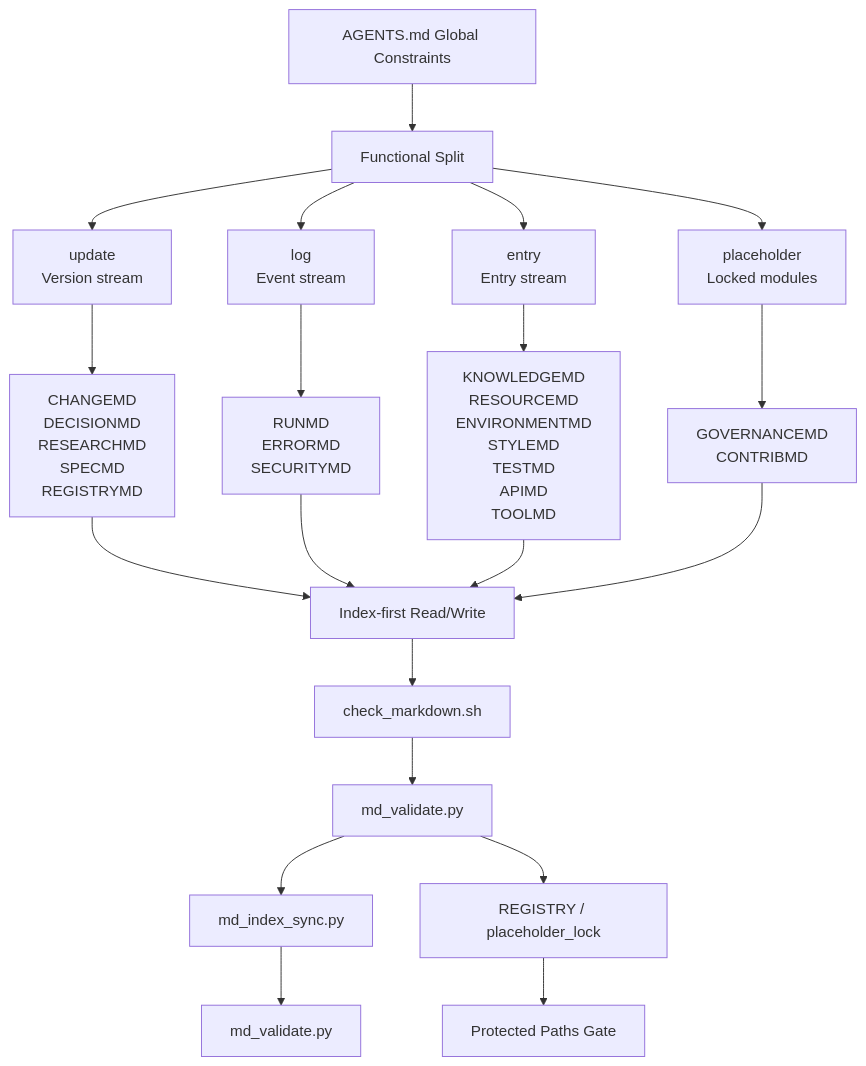
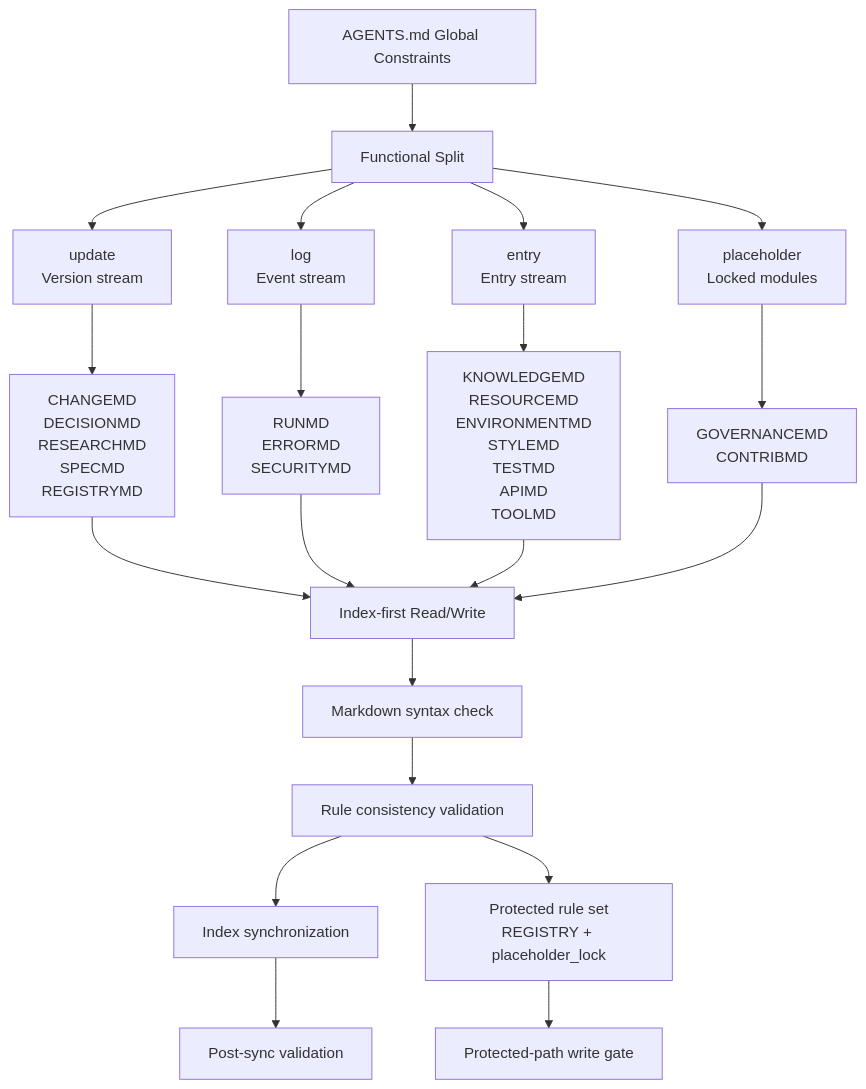
One commit to AIALRA-0/AGENTSMD changed the first of 2 diagrams in README.md. Above: the diagram before and after it, drawn with Mermaid. The commit also changed other lines of this file, not shown here.

Commit message:
docs: clarify validation flow labels with functional descriptions

````diff
--- a/README.md
+++ b/README.md
@@ -38,26 +38,26 @@
 ```mermaid
 flowchart TD
   A[AGENTS.md Global Constraints] --> B[Functional Split]
   B --> B1[update<br/>Version stream]
   B --> B2[log<br/>Event stream]
   B --> B3[entry<br/>Entry stream]
   B --> BP[placeholder<br/>Locked modules]
 
   B1 --> U1[CHANGEMD<br/>DECISIONMD<br/>RESEARCHMD<br/>SPECMD<br/>REGISTRYMD]
   B2 --> U2[RUNMD<br/>ERRORMD<br/>SECURITYMD]
   B3 --> U3[KNOWLEDGEMD<br/>RESOURCEMD<br/>ENVIRONMENTMD<br/>STYLEMD<br/>TESTMD<br/>APIMD<br/>TOOLMD]
   BP --> U4[GOVERNANCEMD<br/>CONTRIBMD]
 
   U1 --> C[Index-first Read/Write]
   U2 --> C
   U3 --> C
   U4 --> C
 
-  C --> D[check_markdown.sh]
-  D --> E[md_validate.py]
-  E --> F[md_index_sync.py]
-  F --> G[md_validate.py]
+  C --> D[Markdown syntax check]
+  D --> E[Rule consistency validation]
+  E --> F[Index synchronization]
+  F --> G[Post-sync validation]
 
-  E --> H[REGISTRY / placeholder_lock]
-  H --> I[Protected Paths Gate]
+  E --> H[Protected rule set<br/>REGISTRY + placeholder_lock]
+  H --> I[Protected-path write gate]
 ```
````
